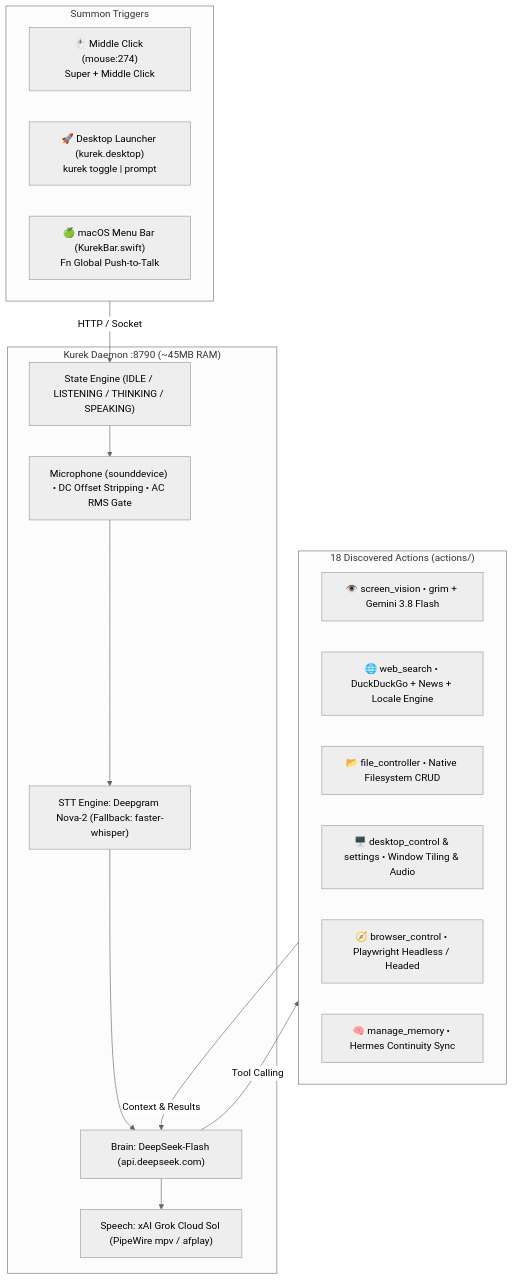
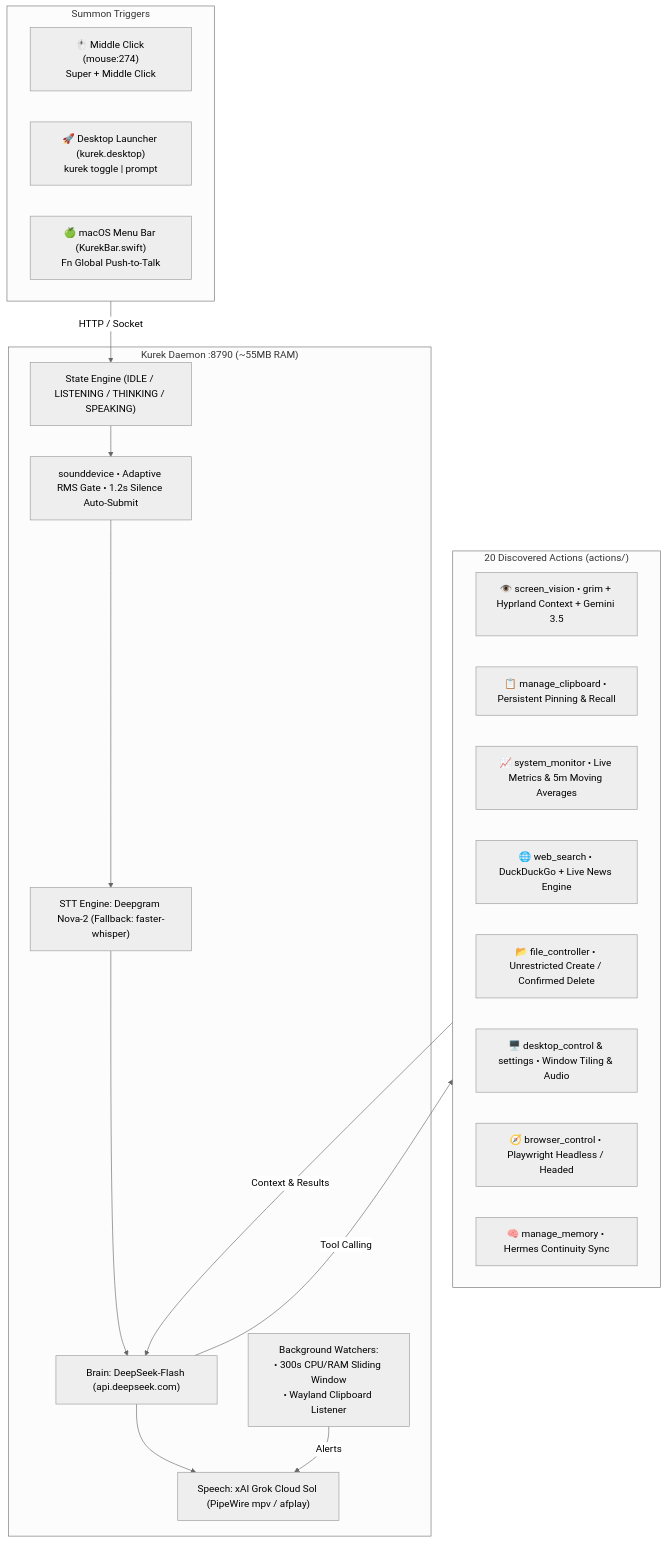
One commit to nodaysidle/kurekizmo changed the diagram in README.md. Above: the diagram before and after it, drawn with Mermaid (neutral theme). The commit also changed other lines of this file and 10 other files, not shown here.

First line of the commit message:
feat: autonomous research pipeline, Wayland clipboard manager, 300s resource watcher, and screen vision

````diff
--- a/README.md
+++ b/README.md
@@ -41,31 +42,35 @@
 ```mermaid
 flowchart TD
     subgraph Inputs ["Summon Triggers"]
         Mouse["🖱️ Middle Click (mouse:274)\nSuper + Middle Click"]
         Launcher["🚀 Desktop Launcher (kurek.desktop)\nkurek toggle | prompt"]
         MacBar["🍏 macOS Menu Bar (KurekBar.swift)\nFn Global Push-to-Talk"]
     end
 
-    subgraph Daemon ["Kurek Daemon :8790 (~45MB RAM)"]
+    subgraph Daemon ["Kurek Daemon :8790 (~55MB RAM)"]
         State["State Engine (IDLE / LISTENING / THINKING / SPEAKING)"]
-        Audio["Microphone (sounddevice) • DC Offset Stripping • AC RMS Gate"]
+        Audio["sounddevice • Adaptive RMS Gate • 1.2s Silence Auto-Submit"]
         STT["STT Engine: Deepgram Nova-2 (Fallback: faster-whisper)"]
         LLM["Brain: DeepSeek-Flash (api.deepseek.com)"]
         TTS["Speech: xAI Grok Cloud Sol (PipeWire mpv / afplay)"]
+        Watchers["Background Watchers:\n• 300s CPU/RAM Sliding Window\n• Wayland Clipboard Listener"]
     end
 
-    subgraph Tools ["18 Discovered Actions (actions/)"]
-        Vision["👁️ screen_vision • grim + Gemini 3.8 Flash"]
-        Web["🌐 web_search • DuckDuckGo + News + Locale Engine"]
-        Files["📂 file_controller • Native Filesystem CRUD"]
+    subgraph Tools ["20 Discovered Actions (actions/)"]
+        Vision["👁️ screen_vision • grim + Hyprland Context + Gemini 3.5"]
+        Clip["📋 manage_clipboard • Persistent Pinning & Recall"]
+        Monitor["📈 system_monitor • Live Metrics & 5m Moving Averages"]
+        Web["🌐 web_search • DuckDuckGo + Live News Engine"]
+        Files["📂 file_controller • Unrestricted Create / Confirmed Delete"]
         Desktop["🖥️ desktop_control & settings • Window Tiling & Audio"]
         Browser["🧭 browser_control • Playwright Headless / Headed"]
         Memory["🧠 manage_memory • Hermes Continuity Sync"]
     end
 
     Inputs -->|HTTP / Socket| State
     State --> Audio --> STT --> LLM
     LLM -->|Tool Calling| Tools
     Tools -->|Context & Results| LLM
     LLM --> TTS
+    Watchers -->|Alerts| TTS
 ```
````
